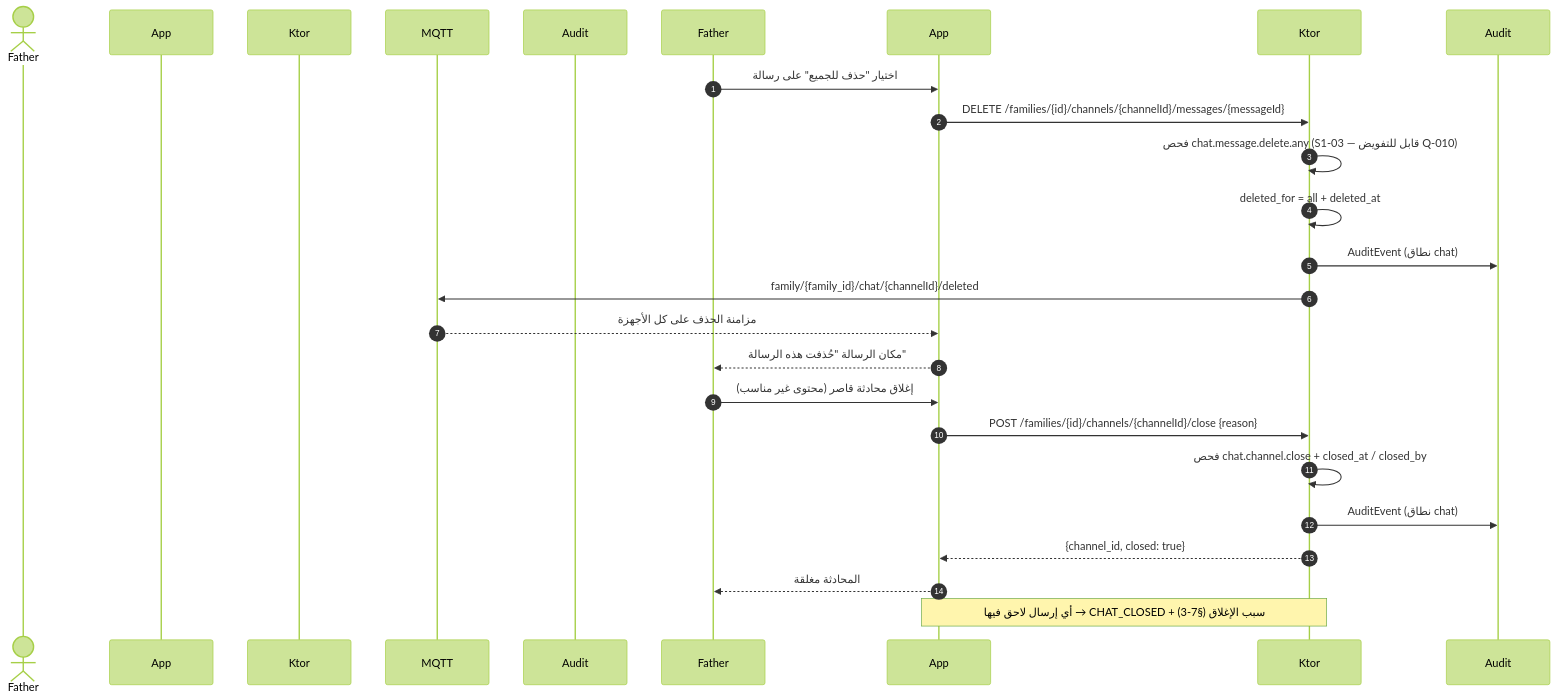
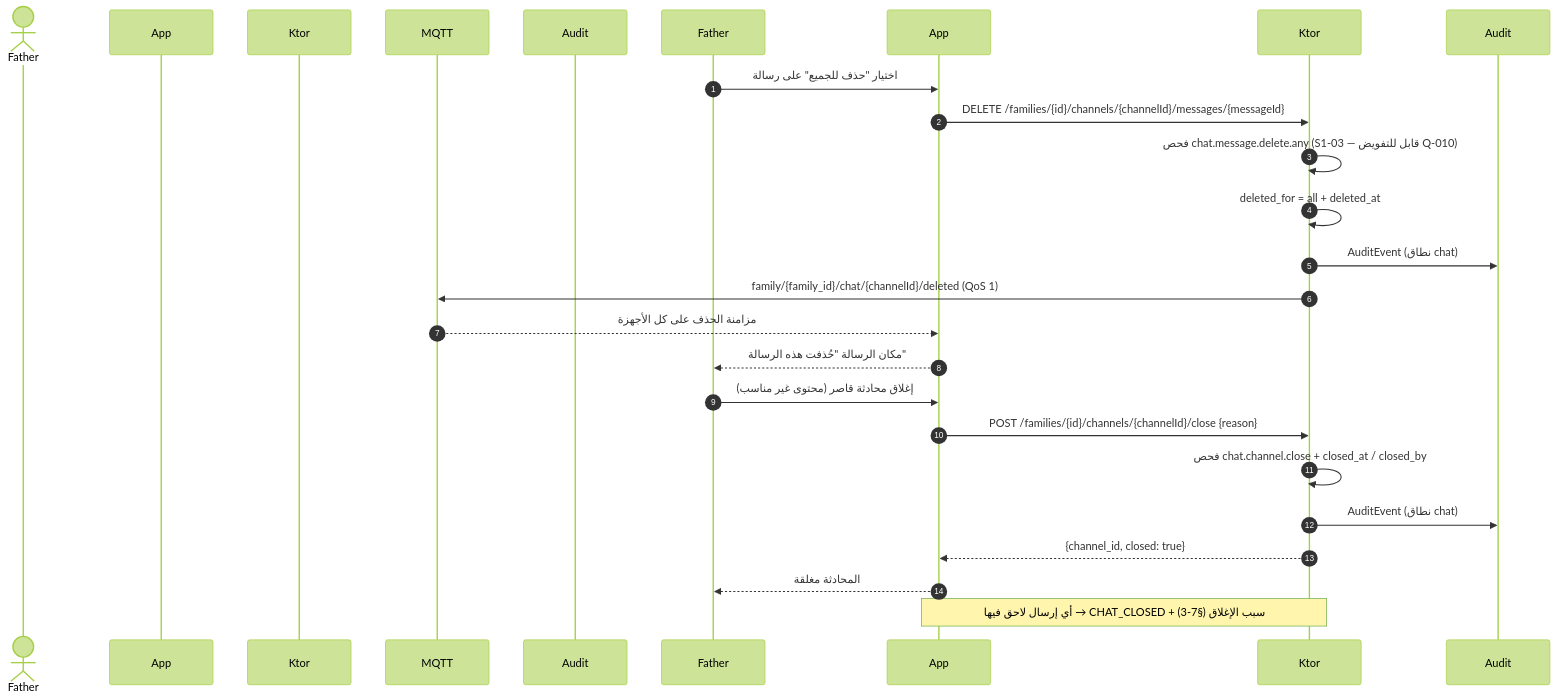
The sixth of 10 diagrams in docs/family-os/governance/phases/phase-1/S1-08-chat-basic/DIAGRAMS.md (Bassam-mohammed-alqaeadi/family-os-v2), drawn with Mermaid (forest theme) before and after one commit. The commit also changed other lines of this file and 19 other files, not shown here.

````diff
--- a/docs/family-os/governance/phases/phase-1/S1-08-chat-basic/DIAGRAMS.md
+++ b/docs/family-os/governance/phases/phase-1/S1-08-chat-basic/DIAGRAMS.md
@@ -265,24 +269,24 @@
 ```mermaid
 sequenceDiagram
     autonumber
     actor الأب as Father
     participant التطبيق as App
     participant الخادم as Ktor
     participant MQTT as MQTT
     participant التدقيق as Audit
     Father->>App: اختيار "حذف للجميع" على رسالة
     App->>Ktor: DELETE /families/{id}/channels/{channelId}/messages/{messageId}
     Ktor->>Ktor: فحص chat.message.delete.any (S1-03 — قابل للتفويض Q-010)
     Ktor->>Ktor: deleted_for = all + deleted_at
     Ktor->>Audit: AuditEvent (نطاق chat)
-    Ktor->>MQTT: family/{family_id}/chat/{channelId}/deleted
+    Ktor->>MQTT: family/{family_id}/chat/{channelId}/deleted (QoS 1)
     MQTT-->>App: مزامنة الحذف على كل الأجهزة
     App-->>Father: مكان الرسالة "حُذفت هذه الرسالة"
     Father->>App: إغلاق محادثة قاصر (محتوى غير مناسب)
     App->>Ktor: POST /families/{id}/channels/{channelId}/close {reason}
     Ktor->>Ktor: فحص chat.channel.close + closed_at / closed_by
     Ktor->>Audit: AuditEvent (نطاق chat)
     Ktor-->>App: {channel_id, closed: true}
     App-->>Father: المحادثة مغلقة
     Note over App,Ktor: أي إرسال لاحق فيها → CHAT_CLOSED + سبب الإغلاق (§7-3)
 ```
````
